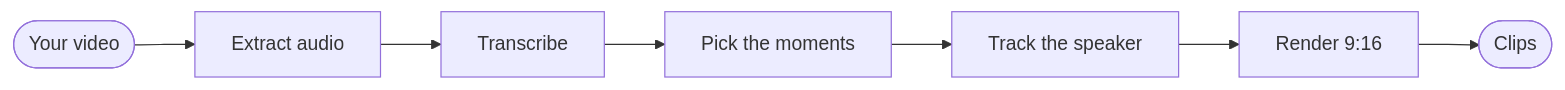
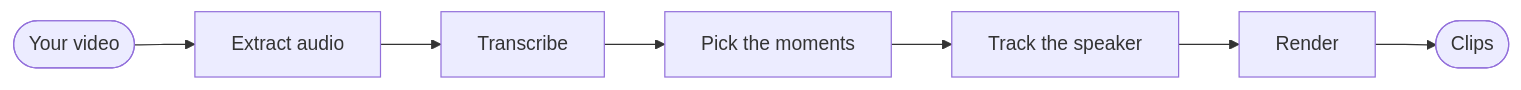
The diagram in README.md (n1ssyyy/DigiClip), drawn with Mermaid before and after one commit. The commit also changed other lines of this file and 6 other files, not shown here.

````diff
--- a/README.md
+++ b/README.md
@@ -75,4 +90,4 @@
 ```mermaid
 flowchart LR
-    V(["Your video"]) --> A["Extract audio"] --> T["Transcribe"] --> P["Pick the moments"] --> F["Track the speaker"] --> R["Render 9:16"] --> C(["Clips"])
+    V(["Your video"]) --> A["Extract audio"] --> T["Transcribe"] --> P["Pick the moments"] --> F["Track the speaker"] --> R["Render"] --> C(["Clips"])
 ```
````
